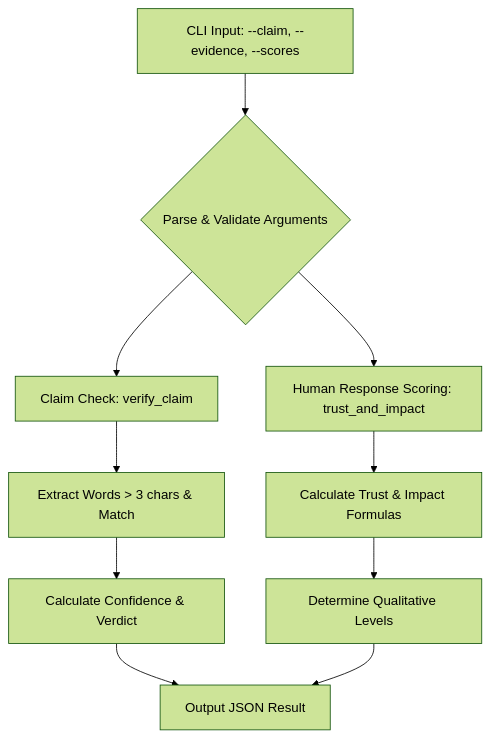
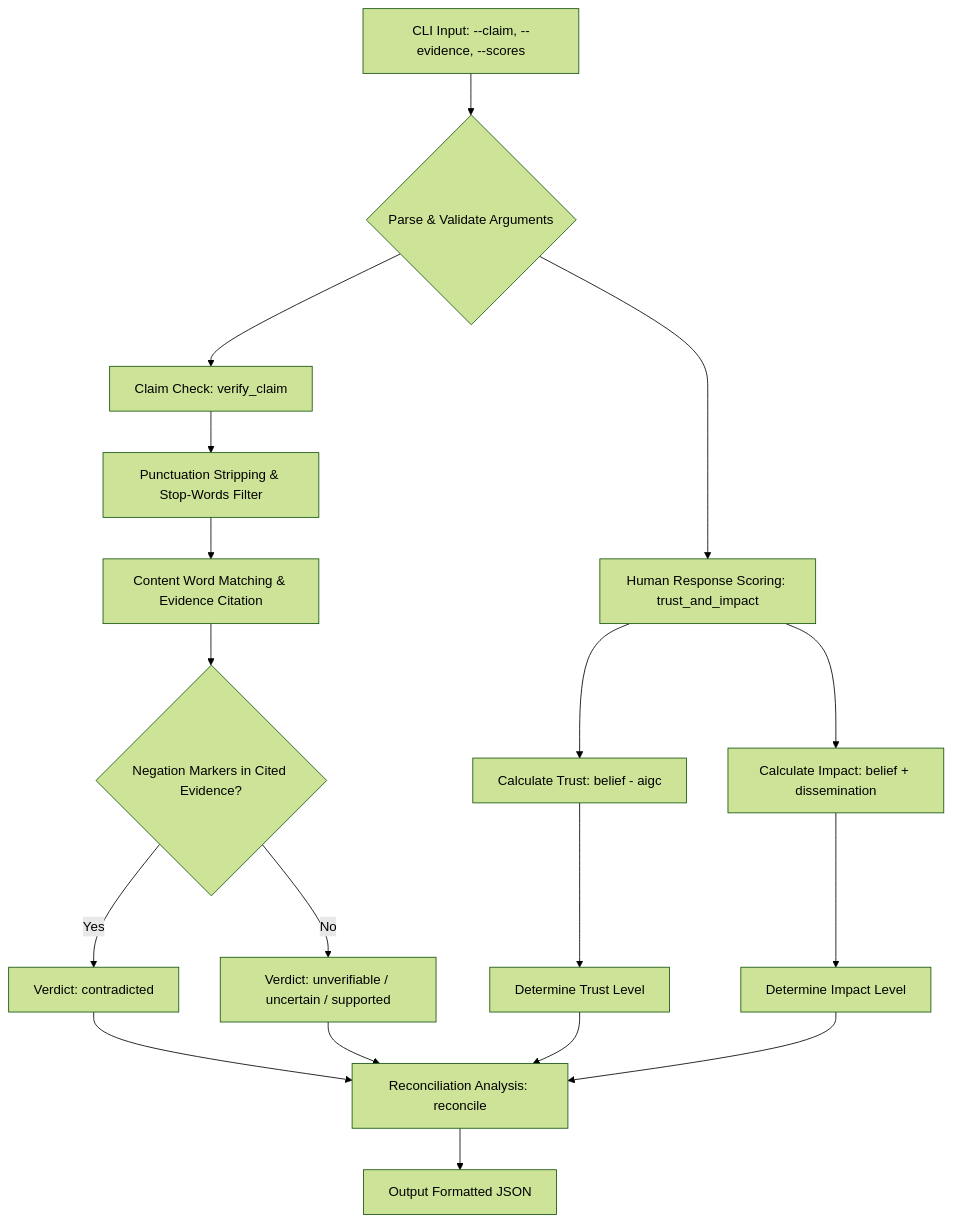
Before and after one commit to JohnTeo2002/multimodal-content-verification: the diagram in README.md, drawn with Mermaid (forest theme). The commit also changed other lines of this file, not shown here.

````diff
--- a/README.md
+++ b/README.md
@@ -74,12 +90,20 @@
 ```mermaid
 graph TD
     A[CLI Input: --claim, --evidence, --scores] --> B{Parse & Validate Arguments}
     B --> C[Claim Check: verify_claim]
-    C --> D[Extract Words > 3 chars & Match]
-    D --> E[Calculate Confidence & Verdict]
-    B --> F[Human Response Scoring: trust_and_impact]
-    F --> G[Calculate Trust & Impact Formulas]
-    G --> H[Determine Qualitative Levels]
-    E --> I[Output JSON Result]
-    H --> I
+    C --> D[Punctuation Stripping & Stop-Words Filter]
+    D --> E[Content Word Matching & Evidence Citation]
+    E --> F{Negation Markers in Cited Evidence?}
+    F -- Yes --> G[Verdict: contradicted]
+    F -- No --> H[Verdict: unverifiable / uncertain / supported]
+    B --> I[Human Response Scoring: trust_and_impact]
+    I --> J[Calculate Trust: belief - aigc]
+    I --> K[Calculate Impact: belief + dissemination]
+    J --> L[Determine Trust Level]
+    K --> M[Determine Impact Level]
+    G --> N[Reconciliation Analysis: reconcile]
+    H --> N
+    L --> N
+    M --> N
+    N --> O[Output Formatted JSON]
 ```
````
